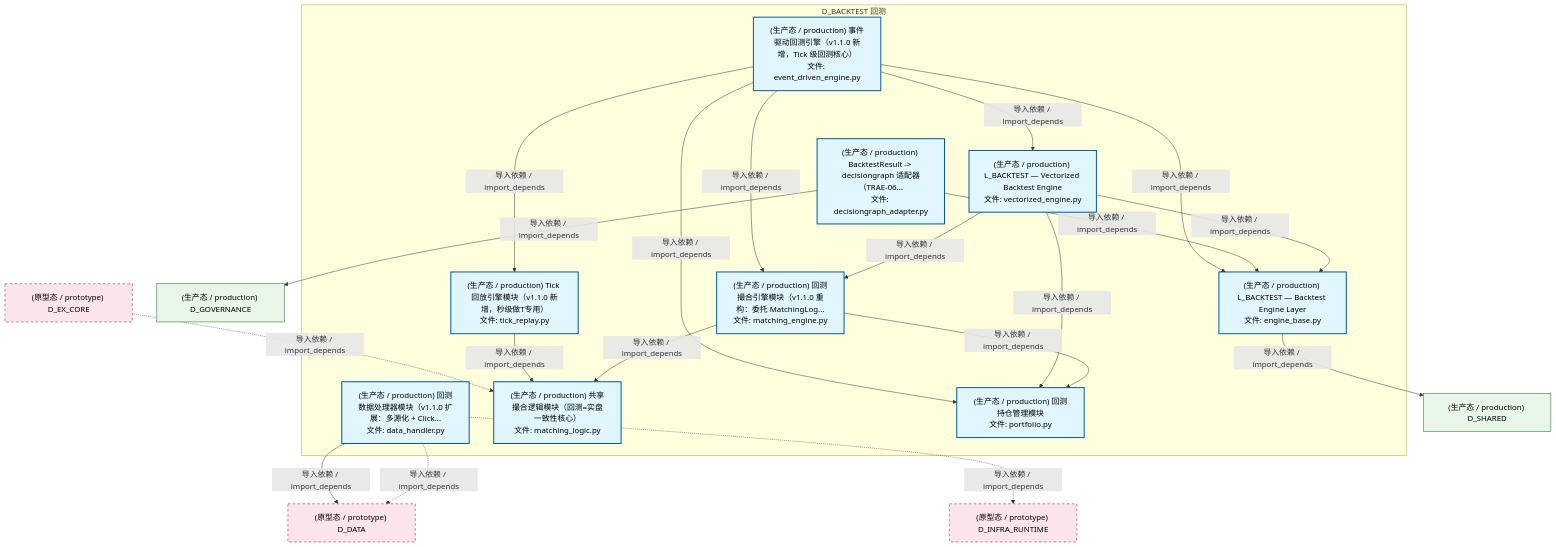
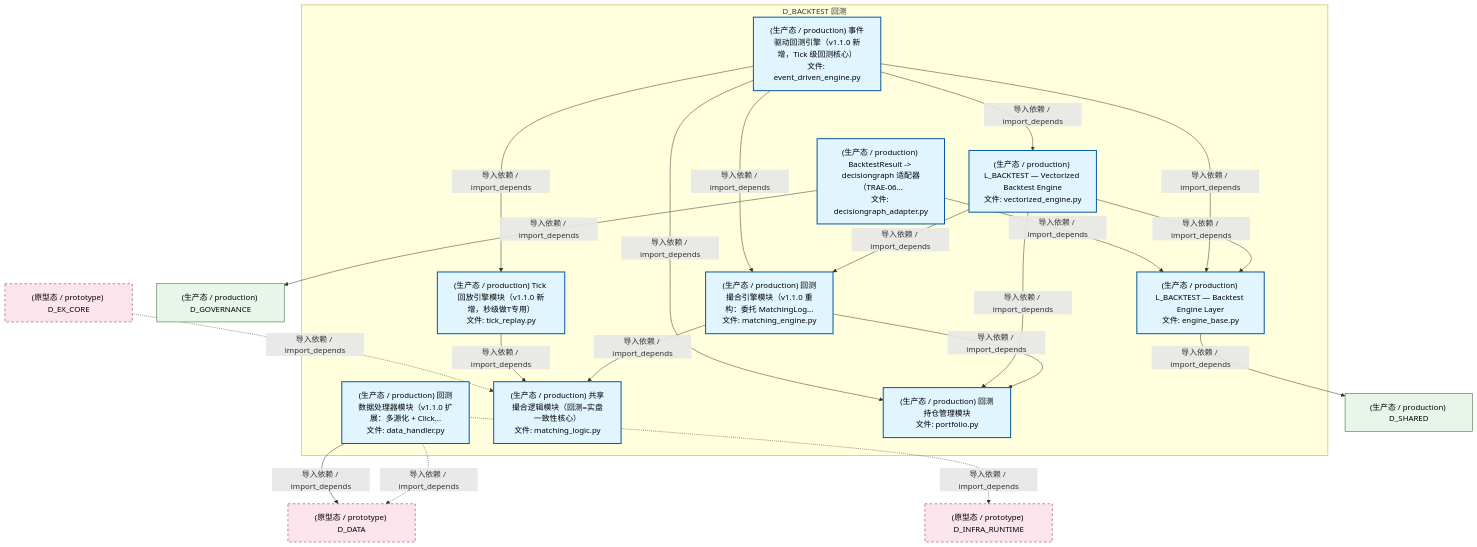
One commit to xuanFelixVan/ZephyrAlpha changed the second of 5 diagrams in docs/02_enterprise_architecture/02_domain_architecture_docs/30_d_backtest.md. Above: the diagram before and after it, drawn with Mermaid. The commit also changed other lines of this file and 87 other files, not shown here.

````diff
--- a/docs/02_enterprise_architecture/02_domain_architecture_docs/30_d_backtest.md
+++ b/docs/02_enterprise_architecture/02_domain_architecture_docs/30_d_backtest.md
@@ -182,44 +182,44 @@
 ```mermaid
 graph TD
     subgraph D_BACKTEST["D_BACKTEST 回测"]
         src_zephyr_backtest_core_data_handler_py["(生产态 / production) 回测数据处理器模块（v1.1.0 扩展：多源化 + Click...<br/>文件: data_handler.py"]
         src_zephyr_backtest_core_engine_base_py["(生产态 / production) L_BACKTEST — Backtest Engine Layer<br/>文件: engine_base.py"]
         src_zephyr_backtest_core_matching_engine_py["(生产态 / production) 回测撮合引擎模块（v1.1.0 重构：委托 MatchingLog...<br/>文件: matching_engine.py"]
         src_zephyr_backtest_core_matching_logic_py["(生产态 / production) 共享撮合逻辑模块（回测=实盘一致性核心）<br/>文件: matching_logic.py"]
         src_zephyr_backtest_core_portfolio_py["(生产态 / production) 回测持仓管理模块<br/>文件: portfolio.py"]
         src_zephyr_backtest_core_tick_replay_py["(生产态 / production) Tick 回放引擎模块（v1.1.0 新增，秒级做T专用）<br/>文件: tick_replay.py"]
         src_zephyr_backtest_implementations_event_driven_engine_py["(生产态 / production) 事件驱动回测引擎（v1.1.0 新增，Tick 级回测核心）<br/>文件: event_driven_engine.py"]
         src_zephyr_backtest_implementations_vectorized_engine_py["(生产态 / production) L_BACKTEST — Vectorized Backtest Engine<br/>文件: vectorized_engine.py"]
         src_zephyr_backtest_io_decisiongraph_adapter_py["(生产态 / production) BacktestResult -> decisiongraph 适配器（TRAE-06...<br/>文件: decisiongraph_adapter.py"]
     end
     src_zephyr_backtest_core_matching_engine_py -->|导入依赖 / import_depends| src_zephyr_backtest_core_matching_logic_py
     src_zephyr_backtest_core_matching_engine_py -->|导入依赖 / import_depends| src_zephyr_backtest_core_portfolio_py
     src_zephyr_backtest_core_tick_replay_py -->|导入依赖 / import_depends| src_zephyr_backtest_core_matching_logic_py
+    src_zephyr_backtest_implementations_vectorized_engine_py -->|导入依赖 / import_depends| src_zephyr_backtest_core_matching_engine_py
     src_zephyr_backtest_implementations_vectorized_engine_py -->|导入依赖 / import_depends| src_zephyr_backtest_core_engine_base_py
     src_zephyr_backtest_implementations_vectorized_engine_py -->|导入依赖 / import_depends| src_zephyr_backtest_core_portfolio_py
-    src_zephyr_backtest_implementations_vectorized_engine_py -->|导入依赖 / import_depends| src_zephyr_backtest_core_matching_engine_py
+    src_zephyr_backtest_implementations_event_driven_engine_py -->|导入依赖 / import_depends| src_zephyr_backtest_core_matching_engine_py
+    src_zephyr_backtest_implementations_event_driven_engine_py -->|导入依赖 / import_depends| src_zephyr_backtest_core_engine_base_py
+    src_zephyr_backtest_implementations_event_driven_engine_py -->|导入依赖 / import_depends| src_zephyr_backtest_core_tick_replay_py
+    src_zephyr_backtest_implementations_event_driven_engine_py -->|导入依赖 / import_depends| src_zephyr_backtest_core_portfolio_py
+    src_zephyr_backtest_implementations_event_driven_engine_py -->|导入依赖 / import_depends| src_zephyr_backtest_implementations_vectorized_engine_py
     src_zephyr_backtest_io_decisiongraph_adapter_py -->|导入依赖 / import_depends| src_zephyr_backtest_core_engine_base_py
-    src_zephyr_backtest_implementations_event_driven_engine_py -->|导入依赖 / import_depends| src_zephyr_backtest_core_engine_base_py
-    src_zephyr_backtest_implementations_event_driven_engine_py -->|导入依赖 / import_depends| src_zephyr_backtest_core_portfolio_py
-    src_zephyr_backtest_implementations_event_driven_engine_py -->|导入依赖 / import_depends| src_zephyr_backtest_core_matching_engine_py
-    src_zephyr_backtest_implementations_event_driven_engine_py -->|导入依赖 / import_depends| src_zephyr_backtest_core_tick_replay_py
-    src_zephyr_backtest_implementations_event_driven_engine_py -->|导入依赖 / import_depends| src_zephyr_backtest_implementations_vectorized_engine_py
-    D_SHARED["(生产态 / production) D_SHARED"]
-    src_zephyr_backtest_core_engine_base_py -->|导入依赖 / import_depends| D_SHARED
     D_DATA["(原型态 / prototype) D_DATA"]
     src_zephyr_backtest_core_data_handler_py -.->|导入依赖 / import_depends| D_DATA
     src_zephyr_backtest_core_data_handler_py -->|导入依赖 / import_depends| D_DATA
     D_INFRA_RUNTIME["(原型态 / prototype) D_INFRA_RUNTIME"]
     src_zephyr_backtest_core_data_handler_py -.->|导入依赖 / import_depends| D_INFRA_RUNTIME
+    D_SHARED["(生产态 / production) D_SHARED"]
+    src_zephyr_backtest_core_engine_base_py -->|导入依赖 / import_depends| D_SHARED
     D_GOVERNANCE["(生产态 / production) D_GOVERNANCE"]
     src_zephyr_backtest_io_decisiongraph_adapter_py -->|导入依赖 / import_depends| D_GOVERNANCE
     D_EX_CORE["(原型态 / prototype) D_EX_CORE"]
     D_EX_CORE -.->|导入依赖 / import_depends| src_zephyr_backtest_core_matching_logic_py
     classDef production fill:#e1f5fe,stroke:#01579b,stroke-width:2px,color:#000
     classDef design fill:#fff3e0,stroke:#e65100,stroke-width:2px,color:#000,stroke-dasharray: 5 5
     classDef external_prod fill:#e8f5e9,stroke:#1b5e20,stroke-width:1px,color:#000
     classDef external_design fill:#fce4ec,stroke:#880e4f,stroke-width:1px,color:#000,stroke-dasharray: 5 5
     class src_zephyr_backtest_core_data_handler_py,src_zephyr_backtest_core_engine_base_py,src_zephyr_backtest_core_matching_engine_py,src_zephyr_backtest_core_matching_logic_py,src_zephyr_backtest_core_portfolio_py,src_zephyr_backtest_core_tick_replay_py,src_zephyr_backtest_implementations_event_driven_engine_py,src_zephyr_backtest_implementations_vectorized_engine_py,src_zephyr_backtest_io_decisiongraph_adapter_py production
     class D_SHARED,D_GOVERNANCE external_prod
     class D_DATA,D_INFRA_RUNTIME,D_EX_CORE external_design
 ```
````
